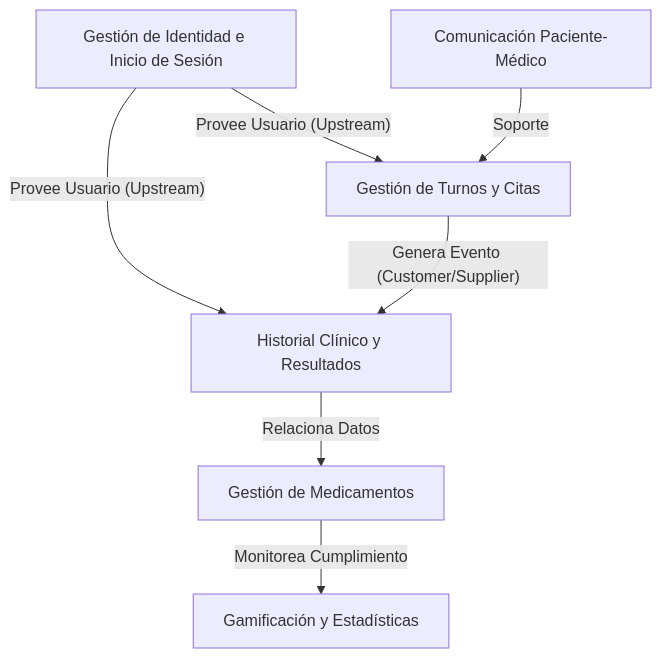
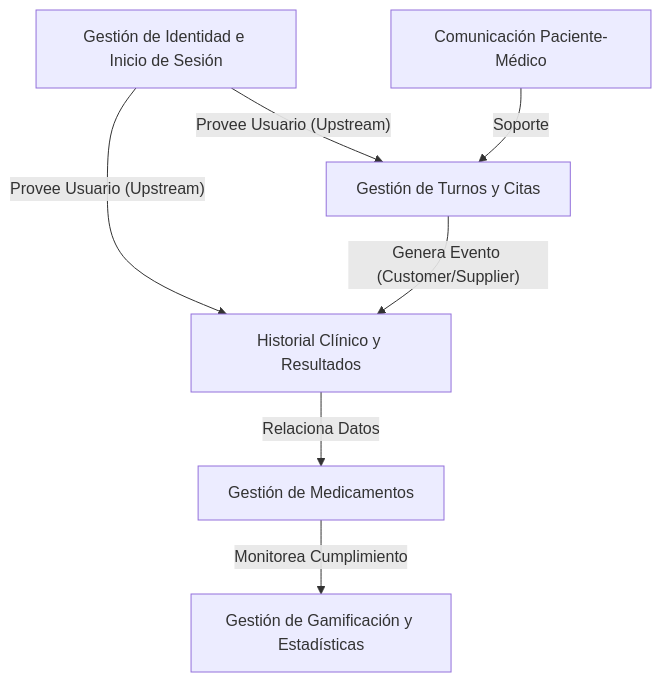
One commit to BrayanYara1/sistemas-distribuidos-2026-b-g2 changed the diagram in 02-week/02-sesión/mapa-contexto.md. Above: the diagram before and after it, drawn with Mermaid. The commit also changed 2 other files, not shown here.

Commit message:
fix: restaurar carpetas de sesion y consolidar Estatus hu en 02-week

````diff
--- a/02-week/02-sesión/mapa-contexto.md
+++ b/02-week/02-sesión/mapa-contexto.md
@@ -5,16 +5,16 @@
 ```mermaid
 graph TD
     IAM[Gestión de Identidad e Inicio de Sesión]
     Turnos[Gestión de Turnos y Citas]
     Historial[Historial Clínico y Resultados]
     Medicina[Gestión de Medicamentos]
     Chat[Comunicación Paciente-Médico]
-    Gami[Gamificación y Estadísticas]
+    Gami[Gestión de Gamificación y Estadísticas]
 
     IAM -- "Provee Usuario (Upstream)" --> Turnos
     IAM -- "Provee Usuario (Upstream)" --> Historial
     Turnos -- "Genera Evento (Customer/Supplier)" --> Historial
     Historial -- "Relaciona Datos" --> Medicina
     Medicina -- "Monitorea Cumplimiento" --> Gami
     Chat -- "Soporte" --> Turnos
 ```
````
